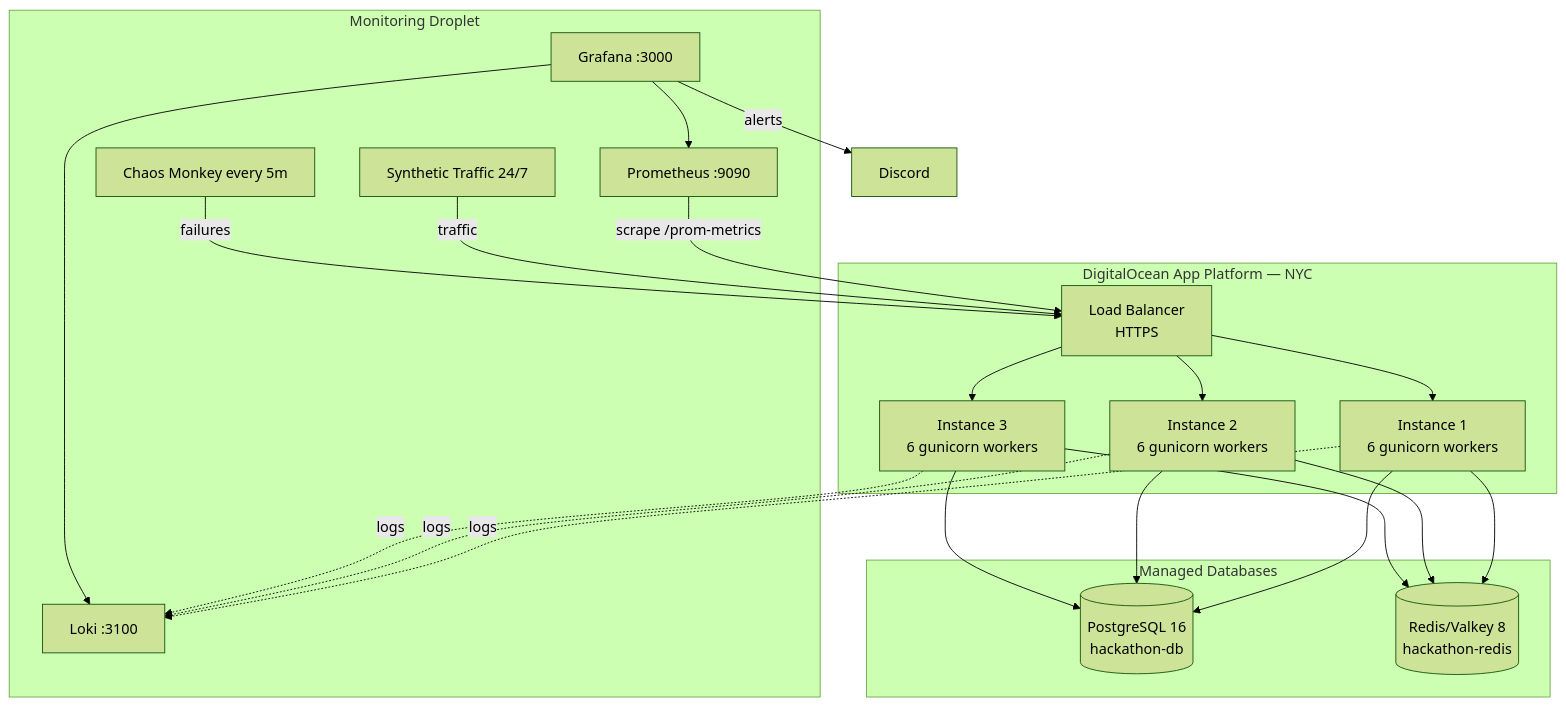
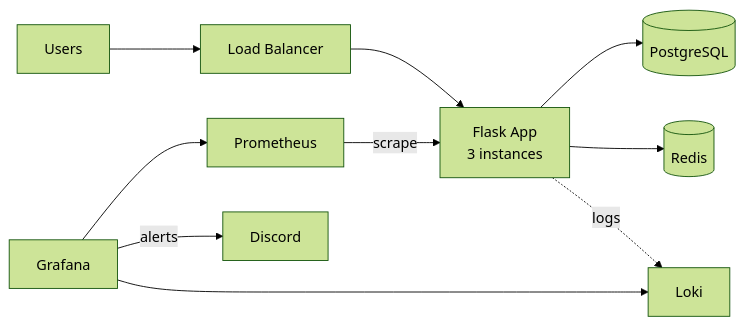
Before and after one commit to AustinWheel/chaos-monkey: the diagram in README.md, drawn with Mermaid (forest theme).

Commit message:
Simplify architecture diagram

````diff
--- a/README.md
+++ b/README.md
@@ -11,36 +11,12 @@
 ```mermaid
-graph TB
-    subgraph "DigitalOcean App Platform — NYC"
-        LB[Load Balancer<br/>HTTPS]
-        I1[Instance 1<br/>6 gunicorn workers]
-        I2[Instance 2<br/>6 gunicorn workers]
-        I3[Instance 3<br/>6 gunicorn workers]
-        LB --> I1
-        LB --> I2
-        LB --> I3
-    end
-
-    subgraph "Managed Databases"
-        PG[(PostgreSQL 16<br/>hackathon-db)]
-        REDIS[(Redis/Valkey 8<br/>hackathon-redis)]
-    end
-
-    I1 & I2 & I3 --> PG
-    I1 & I2 & I3 --> REDIS
-
-    subgraph "Monitoring Droplet"
-        PROM[Prometheus :9090]
-        GRAF[Grafana :3000]
-        LOKI[Loki :3100]
-        SYNTH[Synthetic Traffic 24/7]
-        CHAOS[Chaos Monkey every 5m]
-    end
-
-    PROM -->|scrape /prom-metrics| LB
-    I1 & I2 & I3 -.->|logs| LOKI
-    GRAF --> PROM
-    GRAF --> LOKI
-    GRAF -->|alerts| DISCORD[Discord]
-    SYNTH -->|traffic| LB
-    CHAOS -->|failures| LB
+graph LR
+    Users --> LB[Load Balancer]
+    LB --> App[Flask App<br/>3 instances]
+    App --> PG[(PostgreSQL)]
+    App --> Redis[(Redis)]
+    App -.->|logs| Loki
+    Prometheus -->|scrape| App
+    Grafana --> Prometheus
+    Grafana --> Loki
+    Grafana -->|alerts| Discord
 ```
````
